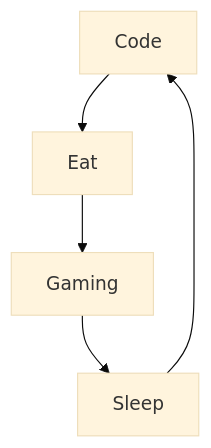
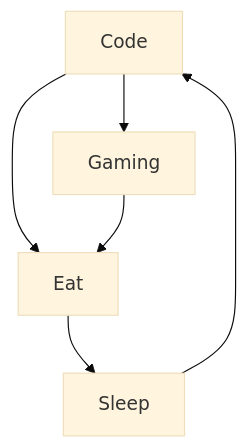
The diagram in README.md (Thanos974/Thanos974), drawn with Mermaid (base theme) before and after one commit. The commit also changed other lines of this file, not shown here.

````diff
--- a/README.md
+++ b/README.md
@@ -44,7 +43,8 @@
 ```mermaid
   graph TD;
       Code-->Eat;
-      Eat-->Gaming;
-      Gaming-->Sleep;
+      Code-->Gaming;
+      Gaming-->Eat;
+      Eat-->Sleep;
       Sleep-->Code;
 ```
````
